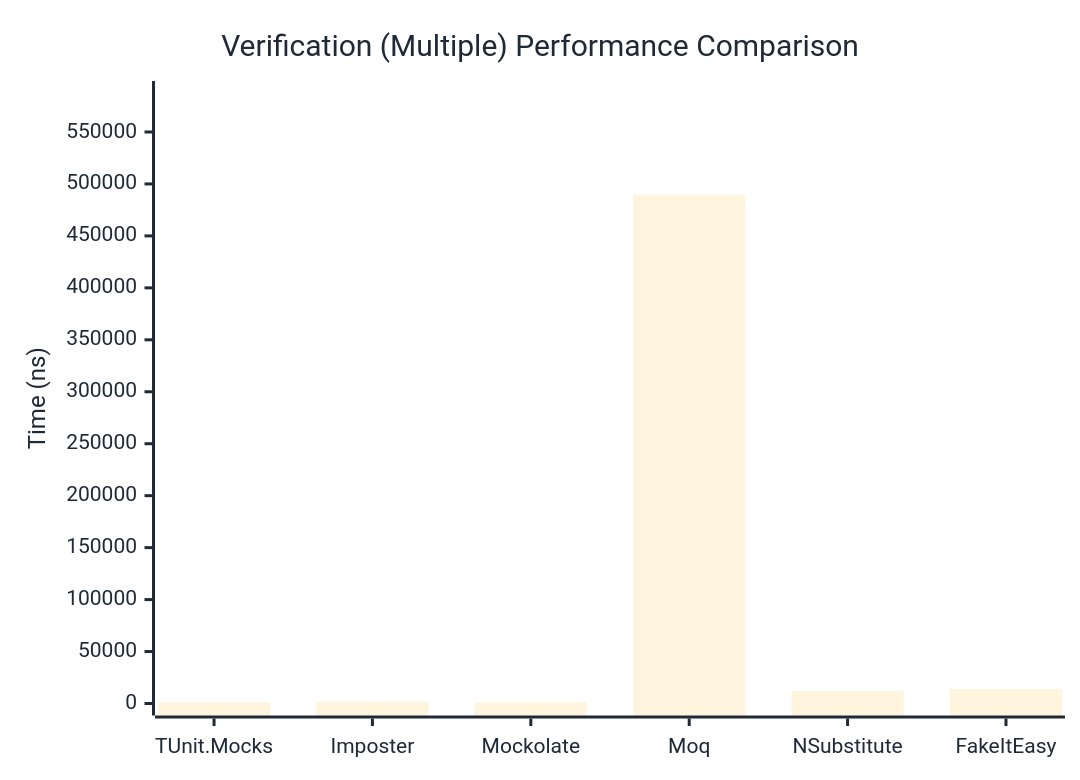
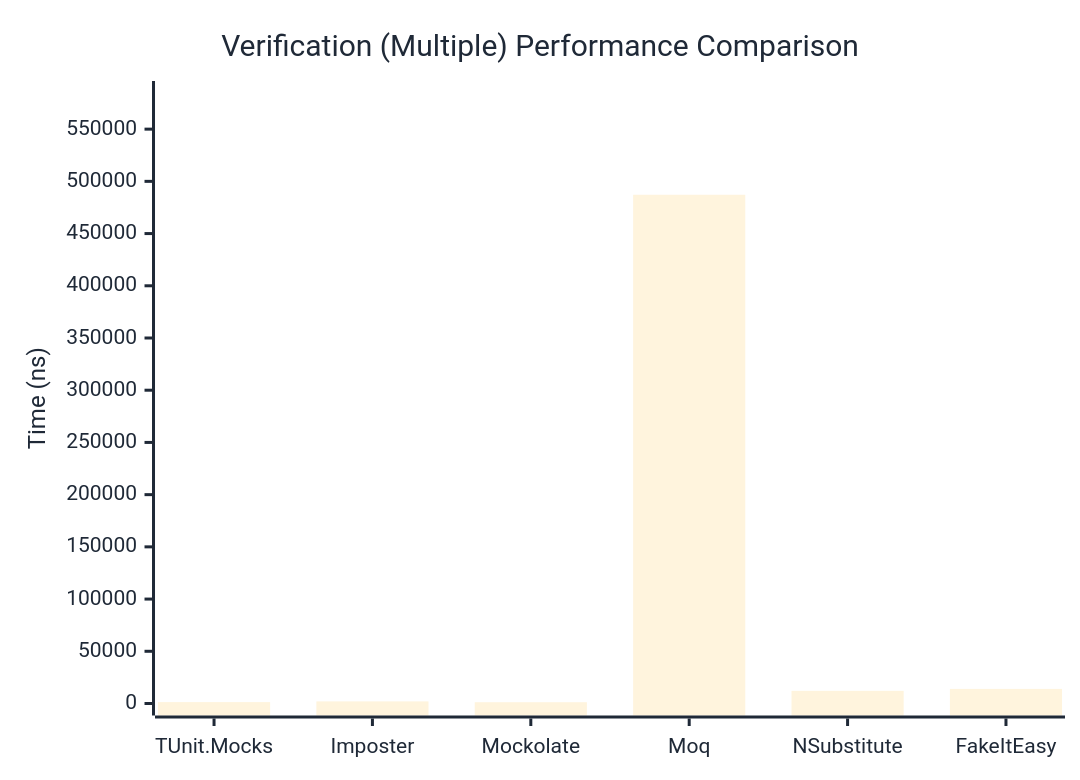
One commit to thomhurst/TUnit changed the third of 3 diagrams in docs/docs/benchmarks/mocks/Verification.md. Above: the diagram before and after it, drawn with Mermaid. The commit also changed other lines of this file and 14 other files, not shown here.

````diff
--- a/docs/docs/benchmarks/mocks/Verification.md
+++ b/docs/docs/benchmarks/mocks/Verification.md
@@ -112,27 +112,27 @@
 ```mermaid
 %%{init: {
   'theme':'base',
   'themeVariables': {
     'primaryColor': '#2563eb',
     'primaryTextColor': '#1f2937',
     'primaryBorderColor': '#1e40af',
     'lineColor': '#6b7280',
     'secondaryColor': '#7c3aed',
     'tertiaryColor': '#dc2626',
     'background': '#ffffff',
     'pie1': '#2563eb',
     'pie2': '#7c3aed',
     'pie3': '#dc2626',
     'pie4': '#f59e0b',
     'pie5': '#10b981',
     'pie6': '#06b6d4',
     'pie7': '#ec4899',
     'pie8': '#6366f1'
   }
 }}%%
 xychart-beta
   title "Verification (Multiple) Performance Comparison"
   x-axis ["TUnit.Mocks", "Imposter", "Mockolate", "Moq", "NSubstitute", "FakeItEasy"]
-  y-axis "Time (ns)" 0 --> 587518
-  bar [1299.54, 1859.96, 1225.45, 489597.55, 12001.81, 14040.77]
+  y-axis "Time (ns)" 0 --> 584607
+  bar [1343.92, 2020.39, 1237.95, 487172.37, 12124.97, 13977.86]
 ```
````
